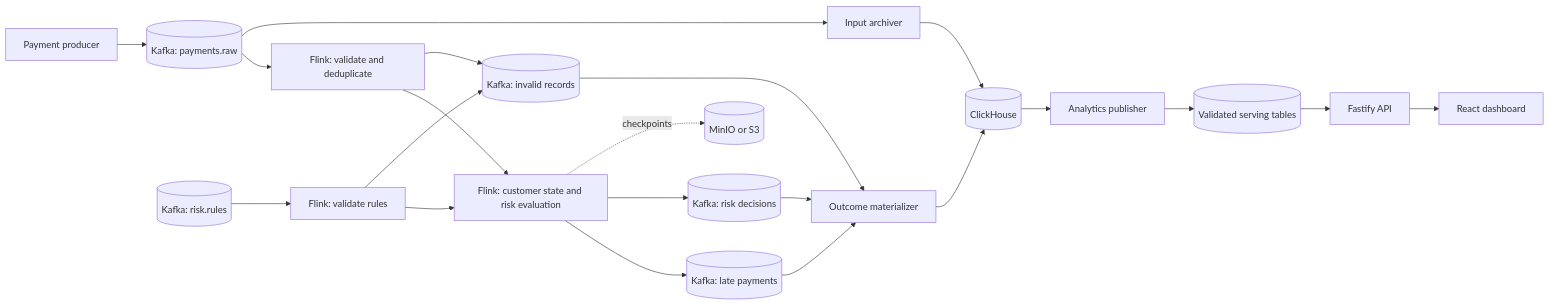
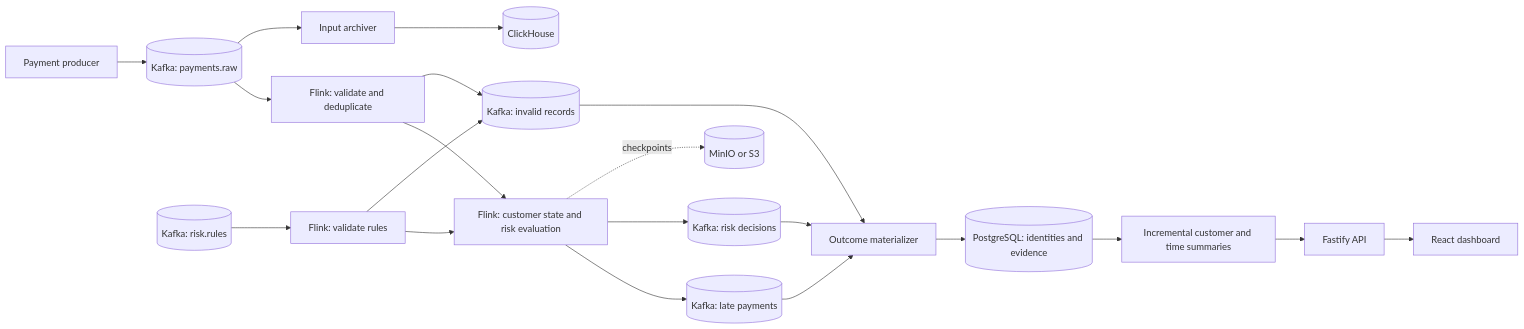
The diagram in README.md (acilione/payment-risk), drawn with Mermaid before and after one commit. The commit also changed other lines of this file and 43 other files, not shown here.

Commit message:
Replace historical analytics rebuilds with transactional PostgreSQL projections

````diff
--- a/README.md
+++ b/README.md
@@ -112,23 +112,22 @@
 ```mermaid
 flowchart LR
   G[Payment producer] --> P[(Kafka: payments.raw)]
   P --> V[Flink: validate and deduplicate]
   V --> E[Flink: customer state and risk evaluation]
   R[(Kafka: risk.rules)] --> RV[Flink: validate rules]
   RV --> E
   RV --> D
   V --> D[(Kafka: invalid records)]
   E --> L[(Kafka: late payments)]
   E --> O[(Kafka: risk decisions)]
   P --> A[Input archiver]
   A --> C[(ClickHouse)]
   D --> M[Outcome materializer]
   L --> M
   O --> M
-  M --> C
-  C --> B[Analytics publisher]
-  B --> S[(Validated serving tables)]
+  M --> PG[(PostgreSQL: identities and evidence)]
+  PG --> S[Incremental customer and time summaries]
   S --> API[Fastify API]
   API --> UI[React dashboard]
   E -. checkpoints .-> CP[(MinIO or S3)]
 ```
````
